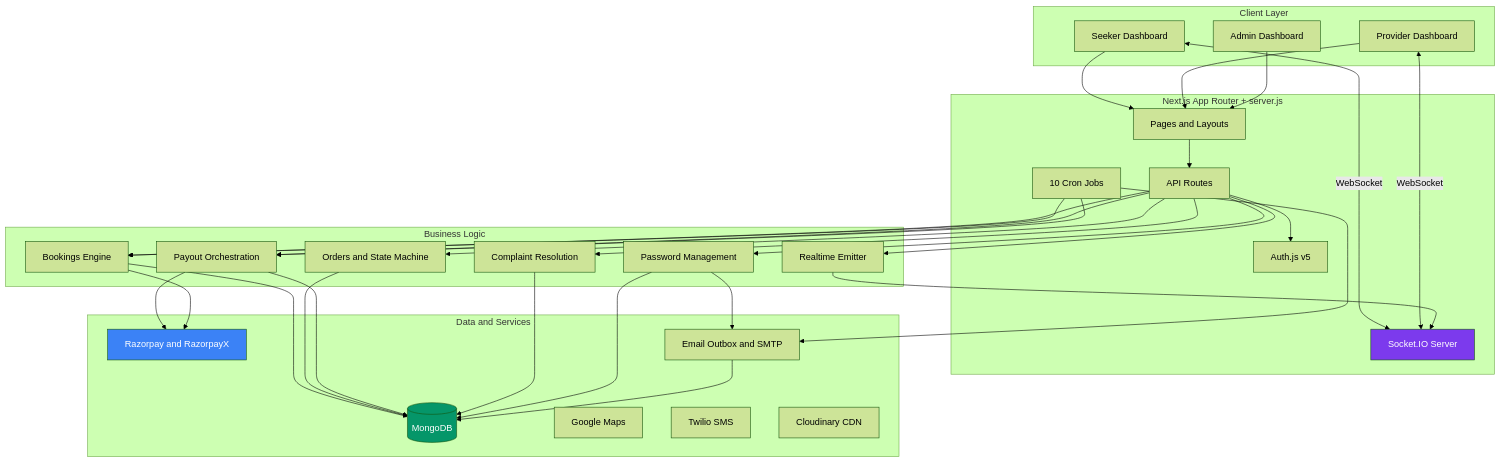
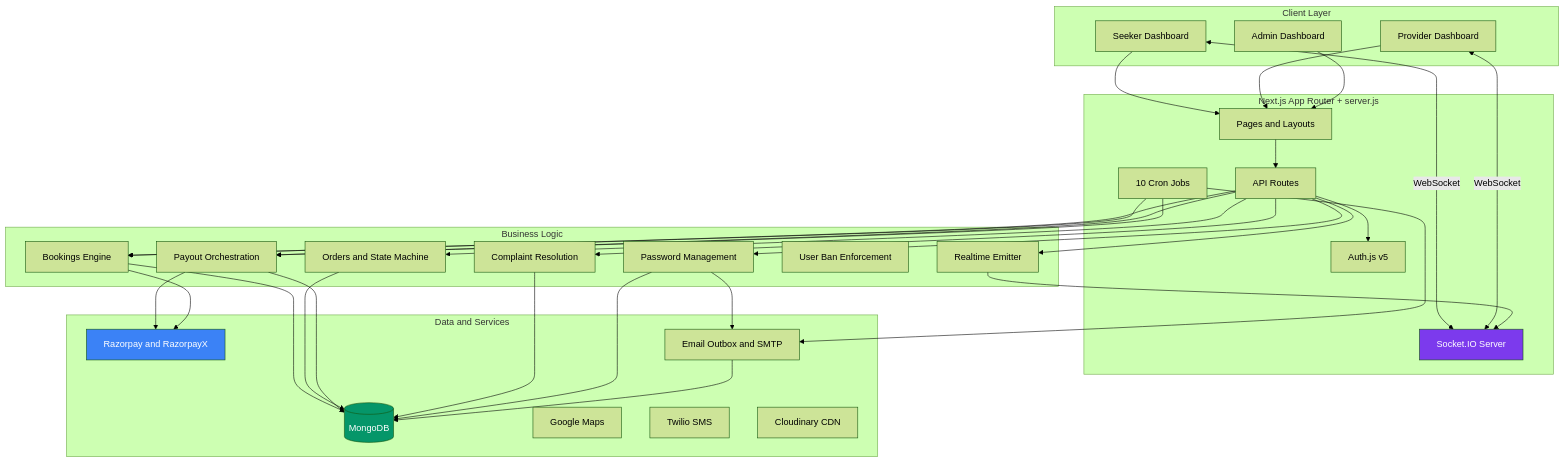
Before and after one commit to ashfakhm/laundry-ease: the ninth of 14 diagrams in docs/CODEBASE_UNDERSTANDING.md, drawn with Mermaid (forest theme). The commit also changed other lines of this file, not shown here.

````diff
--- a/docs/CODEBASE_UNDERSTANDING.md
+++ b/docs/CODEBASE_UNDERSTANDING.md
@@ -2053,65 +2065,66 @@
 ```mermaid
 graph TB
     subgraph ClientLayer[Client Layer]
         S[Seeker Dashboard]
         P[Provider Dashboard]
         A[Admin Dashboard]
     end
 
     subgraph AppRouter[Next.js App Router + server.js]
         Pages[Pages and Layouts]
         API[API Routes]
         Auth[Auth.js v5]
         Cron[10 Cron Jobs]
         SIO[Socket.IO Server]
     end
 
     subgraph BusinessLogic[Business Logic]
         BK[Bookings Engine]
         OR[Orders and State Machine]
         PY[Payout Orchestration]
         CR[Complaint Resolution]
         PW[Password Management]
+        UB[User Ban Enforcement]
         RT[Realtime Emitter]
     end
 
     subgraph DataServices[Data and Services]
         DB[(MongoDB)]
         RZ[Razorpay and RazorpayX]
         EM[Email Outbox and SMTP]
         GM[Google Maps]
         TW[Twilio SMS]
         CL[Cloudinary CDN]
     end
 
     S --> Pages
     P --> Pages
     A --> Pages
     S <-->|WebSocket| SIO
     P <-->|WebSocket| SIO
     Pages --> API
     API --> Auth
     API --> BK
     API --> OR
     API --> PY
     API --> CR
     API --> PW
     API --> RT
     RT --> SIO
     Cron --> BK
     Cron --> PY
     Cron --> EM
     BK --> DB
     OR --> DB
     PY --> RZ
     PY --> DB
     CR --> DB
     PW --> DB
     PW --> EM
     EM --> DB
     BK --> RZ
 
     style DB fill:#059669,color:#fff
     style RZ fill:#3b82f6,color:#fff
     style SIO fill:#7c3aed,color:#fff
 ```
````
